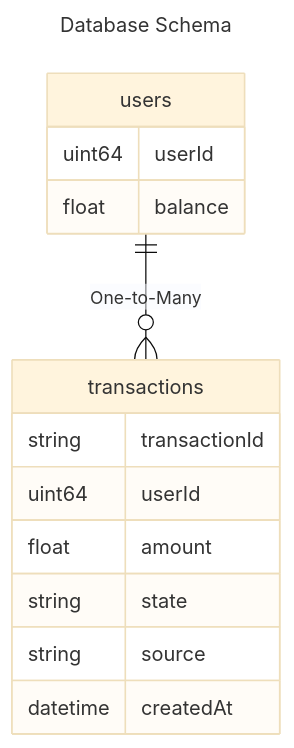
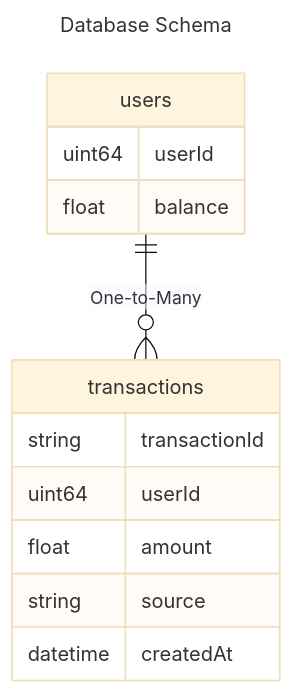
The diagram in README.md (ildomm/account-balance-manager), drawn with Mermaid (base theme) before and after one commit. The commit also changed 3 other files, not shown here.

````diff
--- a/README.md
+++ b/README.md
@@ -27,19 +27,18 @@
 ```mermaid
 ---
 title: Database Schema
 ---
 erDiagram
    users ||--o{ transactions : "One-to-Many"
    users {
       uint64 userId
       float balance
    }
    transactions {
       string transactionId
       uint64 userId
       float amount
-      string state
       string source
       datetime createdAt
    }
 ```
````
